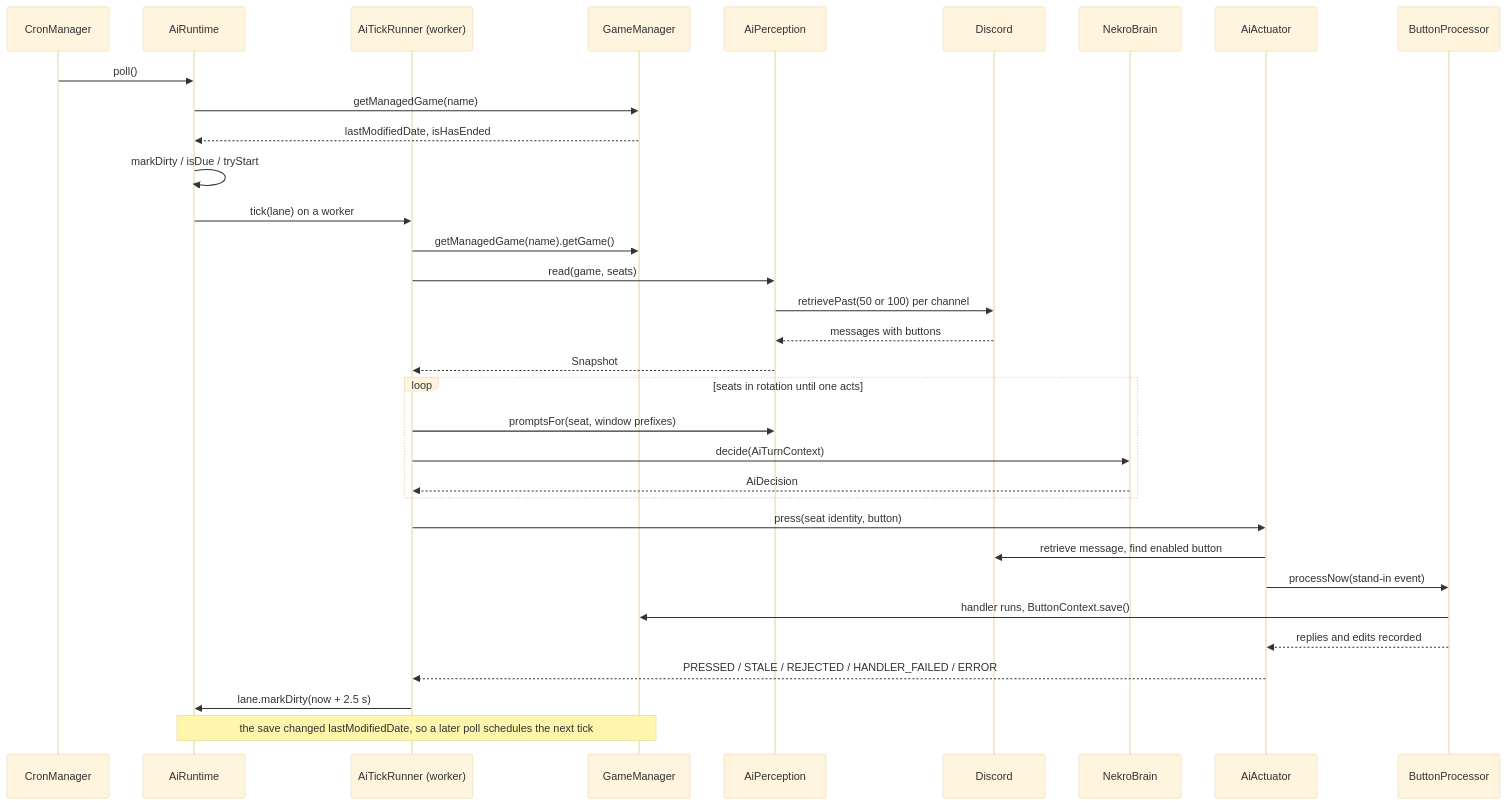
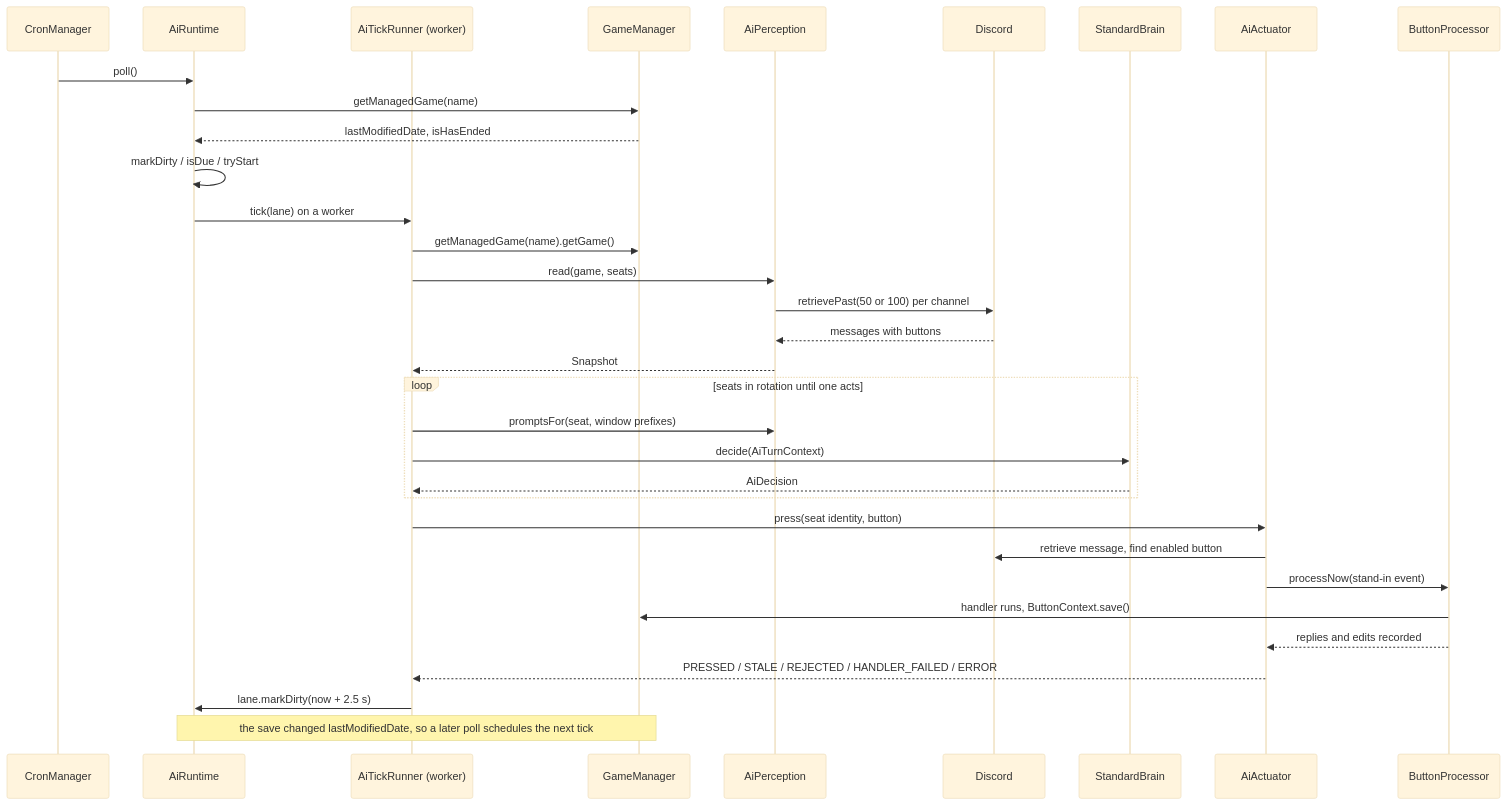
One commit to AsyncTI4/TI4_map_generator_bot changed the third of 6 diagrams in src/main/java/ti4/ai/README.md. Above: the diagram before and after it, drawn with Mermaid (base theme). The commit also changed other lines of this file and 64 other files, not shown here.

````diff
--- a/src/main/java/ti4/ai/README.md
+++ b/src/main/java/ti4/ai/README.md
@@ -643,35 +645,35 @@
 ```mermaid
 sequenceDiagram
     participant C as CronManager
     participant R as AiRuntime
     participant T as AiTickRunner (worker)
     participant G as GameManager
     participant P as AiPerception
     participant D as Discord
-    participant B as NekroBrain
+    participant B as StandardBrain
     participant A as AiActuator
     participant E as ButtonProcessor
     C->>R: poll()
     R->>G: getManagedGame(name)
     G-->>R: lastModifiedDate, isHasEnded
     R->>R: markDirty / isDue / tryStart
     R->>T: tick(lane) on a worker
     T->>G: getManagedGame(name).getGame()
     T->>P: read(game, seats)
     P->>D: retrievePast(50 or 100) per channel
     D-->>P: messages with buttons
     P-->>T: Snapshot
     loop seats in rotation until one acts
         T->>P: promptsFor(seat, window prefixes)
         T->>B: decide(AiTurnContext)
         B-->>T: AiDecision
     end
     T->>A: press(seat identity, button)
     A->>D: retrieve message, find enabled button
     A->>E: processNow(stand-in event)
     E->>G: handler runs, ButtonContext.save()
     E-->>A: replies and edits recorded
     A-->>T: PRESSED / STALE / REJECTED / HANDLER_FAILED / ERROR
     T->>R: lane.markDirty(now + 2.5 s)
     Note over R,G: the save changed lastModifiedDate, so a later poll schedules the next tick
 ```
````
